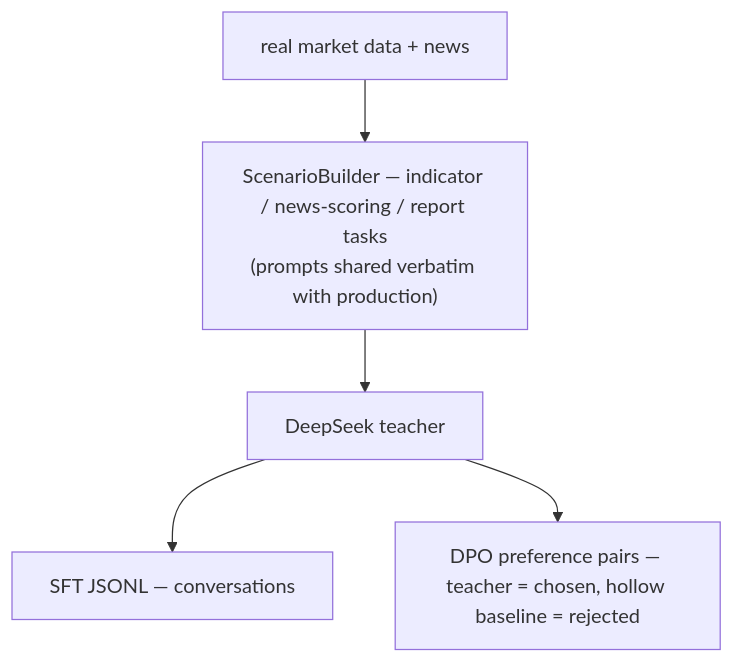
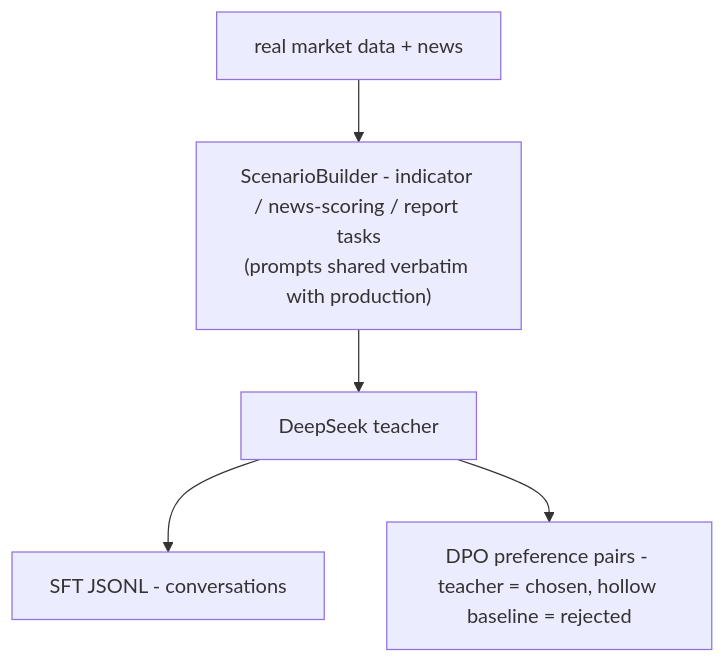
The third of 6 diagrams in README.md (C0k11/stock-share-Helper), drawn with Mermaid before and after one commit. The commit also changed other lines of this file and 2 other files, not shown here.

````diff
--- a/README.md
+++ b/README.md
@@ -219,7 +219,7 @@
 ```mermaid
 flowchart TB
-    MKT["real market data + news"] --> SCN["ScenarioBuilder — indicator / news-scoring / report tasks<br/>(prompts shared verbatim with production)"]
+    MKT["real market data + news"] --> SCN["ScenarioBuilder - indicator / news-scoring / report tasks<br/>(prompts shared verbatim with production)"]
     SCN --> TCH["DeepSeek teacher"]
-    TCH --> SFT["SFT JSONL — conversations"]
-    TCH --> DPD["DPO preference pairs — teacher = chosen, hollow baseline = rejected"]
+    TCH --> SFT["SFT JSONL - conversations"]
+    TCH --> DPD["DPO preference pairs - teacher = chosen, hollow baseline = rejected"]
 ```
````
